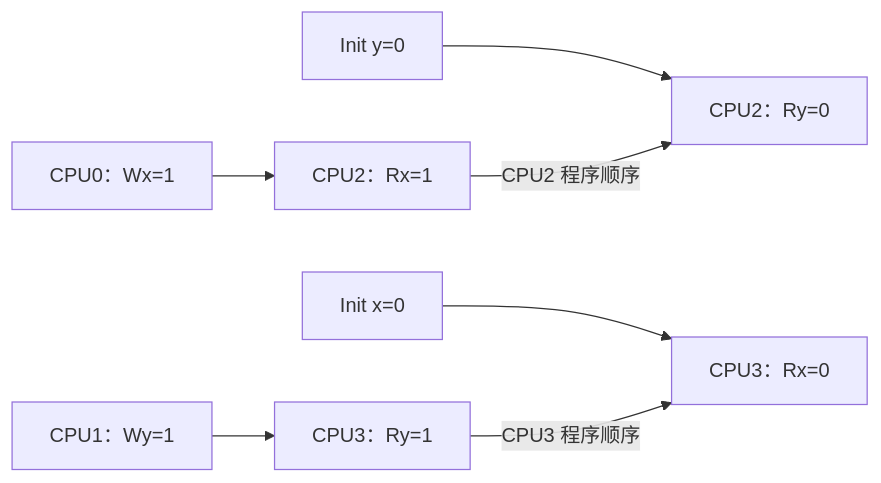
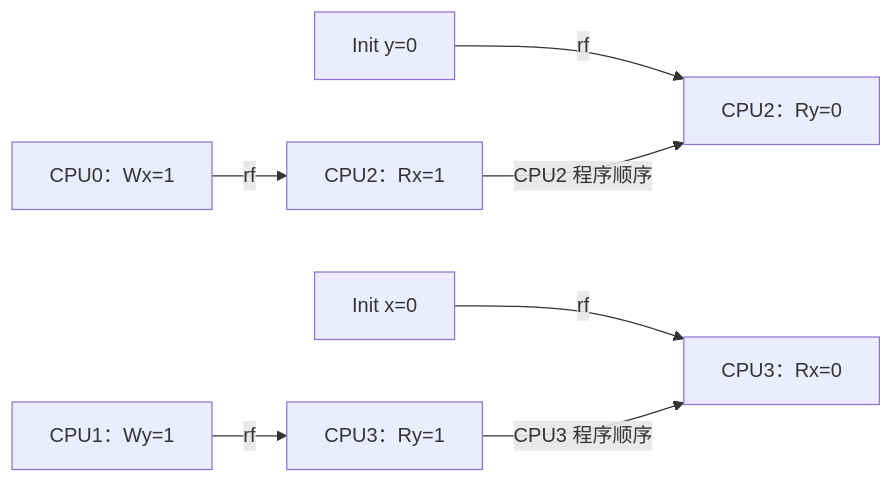
The second of 3 diagrams in knowledge/foundations/computer_architecture/memory_ordering/P04_一致性序_传播与多副本原子性.md (FormingSystem/linux_note), drawn with Mermaid before and after one commit. The commit also changed other lines of this file and 9 other files, not shown here.

First line of the commit message:
content(architecture/memory): 完善内存顺序推导与编译证据边界

````diff
--- a/knowledge/foundations/computer_architecture/memory_ordering/P04_一致性序_传播与多副本原子性.md
+++ b/knowledge/foundations/computer_architecture/memory_ordering/P04_一致性序_传播与多副本原子性.md
@@ -99,9 +101,9 @@
 ```mermaid
 flowchart LR
-    WX["CPU0：Wx=1"] --> RX["CPU2：Rx=1"]
-    IY["Init y=0"] --> RY0["CPU2：Ry=0"]
-    WY["CPU1：Wy=1"] --> RY["CPU3：Ry=1"]
-    IX["Init x=0"] --> RX0["CPU3：Rx=0"]
+    WX["CPU0：Wx=1"] -->|rf| RX["CPU2：Rx=1"]
+    IY["Init y=0"] -->|rf| RY0["CPU2：Ry=0"]
+    WY["CPU1：Wy=1"] -->|rf| RY["CPU3：Ry=1"]
+    IX["Init x=0"] -->|rf| RX0["CPU3：Rx=0"]
     RX -->|CPU2 程序顺序| RY0
     RY -->|CPU3 程序顺序| RX0
 ```
````
